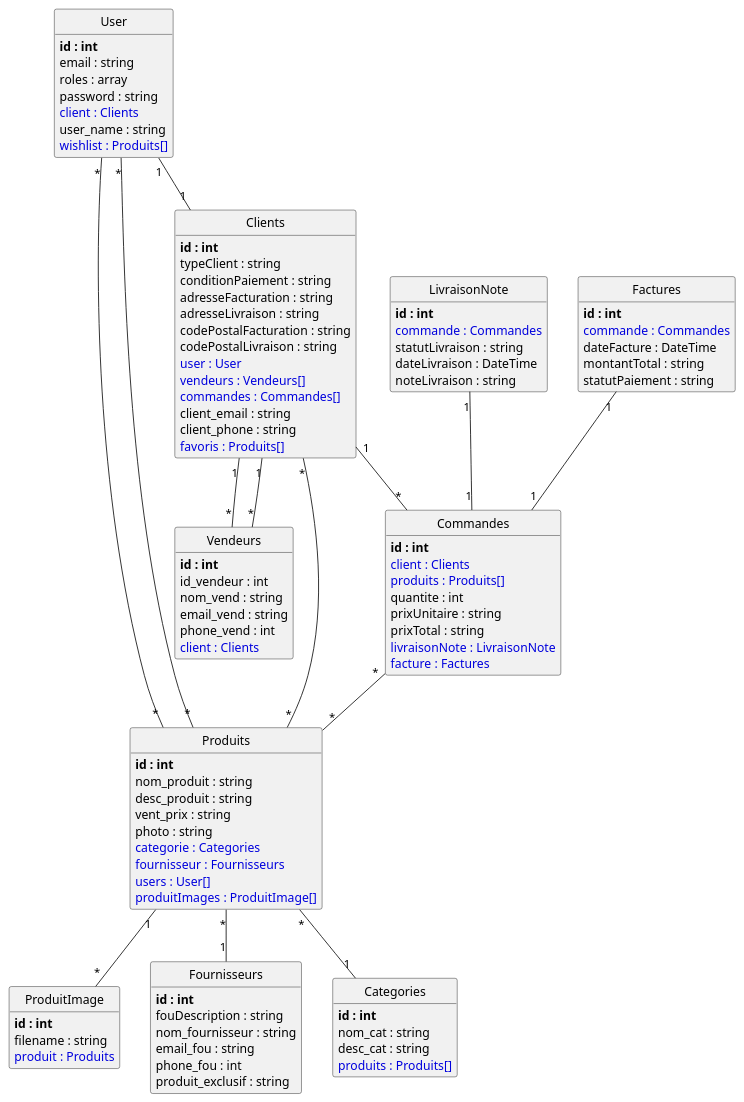
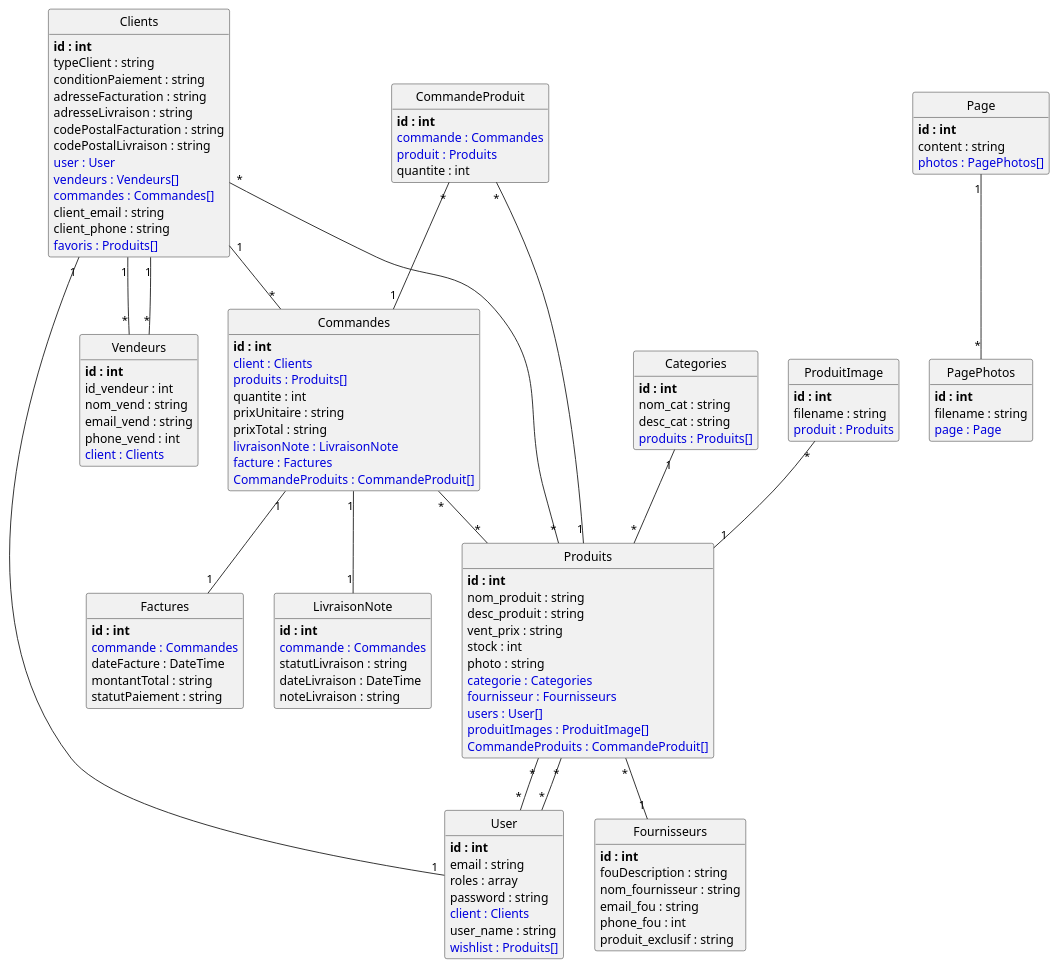
The diagram in puml/index.puml (NasiraNaiby/sf_green_village_v2), drawn with PlantUML before and after one commit. The commit also changed 62 other files, not shown here.

```diff
--- a/puml/index.puml
+++ b/puml/index.puml
@@ -1,117 +1,142 @@
 @startuml
+class Categories {
+	**id : int**
+	nom_cat : string
+	desc_cat : string
+	<color:#0000dd>produits : Produits[]</color>
+}
+
+class Clients {
+	**id : int**
+	typeClient : string
+	conditionPaiement : string
+	adresseFacturation : string
+	adresseLivraison : string
+	codePostalFacturation : string
+	codePostalLivraison : string
+	<color:#0000dd>user : User</color>
+	<color:#0000dd>vendeurs : Vendeurs[]</color>
+	<color:#0000dd>commandes : Commandes[]</color>
+	client_email : string
+	client_phone : string
+	<color:#0000dd>favoris : Produits[]</color>
+}
+
+class CommandeProduit {
+	**id : int**
+	<color:#0000dd>commande : Commandes</color>
+	<color:#0000dd>produit : Produits</color>
+	quantite : int
+}
+
+class Commandes {
+	**id : int**
+	<color:#0000dd>client : Clients</color>
+	<color:#0000dd>produits : Produits[]</color>
+	quantite : int
+	prixUnitaire : string
+	prixTotal : string
+	<color:#0000dd>livraisonNote : LivraisonNote</color>
+	<color:#0000dd>facture : Factures</color>
+	<color:#0000dd>CommandeProduits : CommandeProduit[]</color>
+}
+
+class Factures {
+	**id : int**
+	<color:#0000dd>commande : Commandes</color>
+	dateFacture : DateTime
+	montantTotal : string
+	statutPaiement : string
+}
+
+class Fournisseurs {
+	**id : int**
+	fouDescription : string
+	nom_fournisseur : string
+	email_fou : string
+	phone_fou : int
+	produit_exclusif : string
+}
+
+class LivraisonNote {
+	**id : int**
+	<color:#0000dd>commande : Commandes</color>
+	statutLivraison : string
+	dateLivraison : DateTime
+	noteLivraison : string
+}
+
+class Page {
+	**id : int**
+	content : string
+	<color:#0000dd>photos : PagePhotos[]</color>
+}
+
+class PagePhotos {
+	**id : int**
+	filename : string
+	<color:#0000dd>page : Page</color>
+}
+
+class ProduitImage {
+	**id : int**
+	filename : string
+	<color:#0000dd>produit : Produits</color>
+}
+
+class Produits {
+	**id : int**
+	nom_produit : string
+	desc_produit : string
+	vent_prix : string
+	stock : int
+	photo : string
+	<color:#0000dd>categorie : Categories</color>
+	<color:#0000dd>fournisseur : Fournisseurs</color>
+	<color:#0000dd>users : User[]</color>
+	<color:#0000dd>produitImages : ProduitImage[]</color>
+	<color:#0000dd>CommandeProduits : CommandeProduit[]</color>
+}
+
 class User {
 	**id : int**
 	email : string
 	roles : array
 	password : string
 	<color:#0000dd>client : Clients</color>
 	user_name : string
 	<color:#0000dd>wishlist : Produits[]</color>
 }
 
 class Vendeurs {
 	**id : int**
 	id_vendeur : int
 	nom_vend : string
 	email_vend : string
 	phone_vend : int
 	<color:#0000dd>client : Clients</color>
 }
 
-class Produits {
-	**id : int**
-	nom_produit : string
-	desc_produit : string
-	vent_prix : string
-	photo : string
-	<color:#0000dd>categorie : Categories</color>
-	<color:#0000dd>fournisseur : Fournisseurs</color>
-	<color:#0000dd>users : User[]</color>
-	<color:#0000dd>produitImages : ProduitImage[]</color>
-}
-
-class LivraisonNote {
-	**id : int**
-	<color:#0000dd>commande : Commandes</color>
-	statutLivraison : string
-	dateLivraison : DateTime
-	noteLivraison : string
-}
-
-class ProduitImage {
-	**id : int**
-	filename : string
-	<color:#0000dd>produit : Produits</color>
-}
-
-class Clients {
-	**id : int**
-	typeClient : string
-	conditionPaiement : string
-	adresseFacturation : string
-	adresseLivraison : string
-	codePostalFacturation : string
-	codePostalLivraison : string
-	<color:#0000dd>user : User</color>
-	<color:#0000dd>vendeurs : Vendeurs[]</color>
-	<color:#0000dd>commandes : Commandes[]</color>
-	client_email : string
-	client_phone : string
-	<color:#0000dd>favoris : Produits[]</color>
-}
-
-class Factures {
-	**id : int**
-	<color:#0000dd>commande : Commandes</color>
-	dateFacture : DateTime
-	montantTotal : string
-	statutPaiement : string
-}
-
-class Fournisseurs {
-	**id : int**
-	fouDescription : string
-	nom_fournisseur : string
-	email_fou : string
-	phone_fou : int
-	produit_exclusif : string
-}
-
-class Categories {
-	**id : int**
-	nom_cat : string
-	desc_cat : string
-	<color:#0000dd>produits : Produits[]</color>
-}
-
-class Commandes {
-	**id : int**
-	<color:#0000dd>client : Clients</color>
-	<color:#0000dd>produits : Produits[]</color>
-	quantite : int
-	prixUnitaire : string
-	prixTotal : string
-	<color:#0000dd>livraisonNote : LivraisonNote</color>
-	<color:#0000dd>facture : Factures</color>
-}
-
-User "1"--"1" Clients
-User "*"--"*" Produits
-Vendeurs "*"--"1" Clients
-Produits "*"--"1" Categories
-Produits "*"--"1" Fournisseurs
-Produits "*"--"*" User
-Produits "1"--"*" ProduitImage
-LivraisonNote "1"--"1" Commandes
+Categories "1"--"*" Produits
+Clients "1"--"1" User
 Clients "1"--"*" Vendeurs
 Clients "1"--"*" Commandes
 Clients "*"--"*" Produits
-Factures "1"--"1" Commandes
+CommandeProduit "*"--"1" Commandes
+CommandeProduit "*"--"1" Produits
 Commandes "*"--"*" Produits
+Commandes "1"--"1" LivraisonNote
+Commandes "1"--"1" Factures
+Page "1"--"*" PagePhotos
+ProduitImage "*"--"1" Produits
+Produits "*"--"1" Fournisseurs
+Produits "*"--"*" User
+User "*"--"*" Produits
+Vendeurs "*"--"1" Clients
 
 
 hide methods
 
 hide circle
 
 @enduml
```
